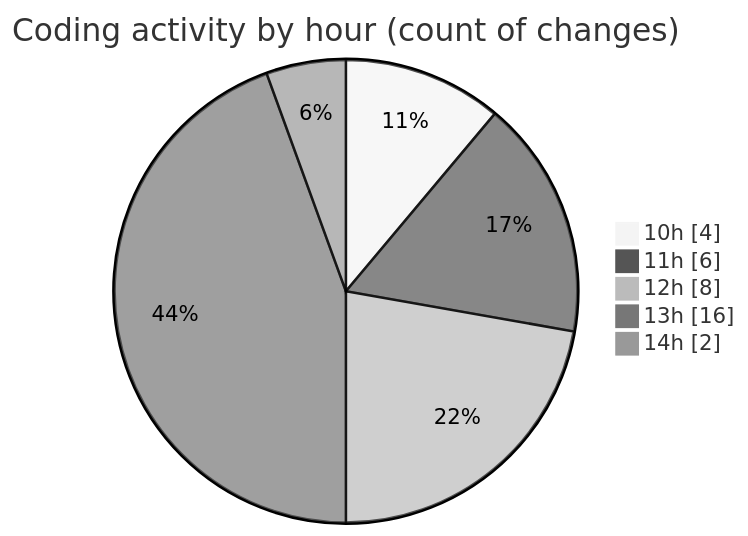
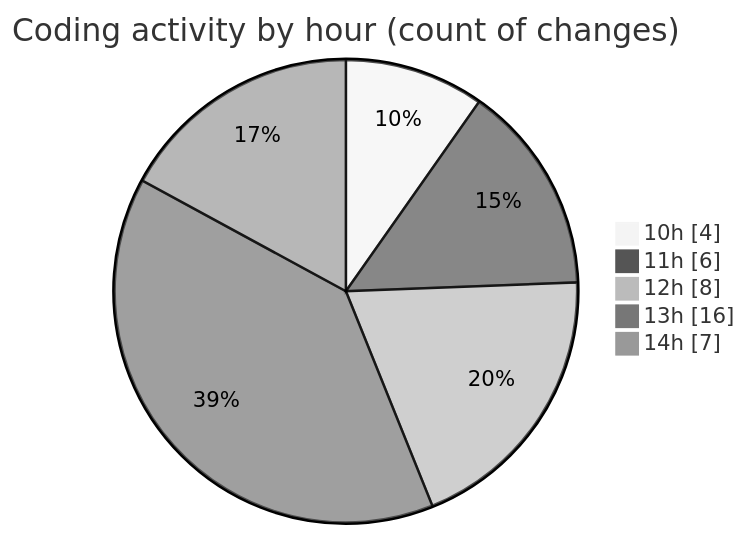
Before and after one commit to LanceThiago/code-tracking: the second of 2 diagrams in 2025-10-03/totem2/README.md, drawn with Mermaid (neutral theme). The commit also changed other lines of this file and 1 other file, not shown here.

````diff
--- a/2025-10-03/totem2/README.md
+++ b/2025-10-03/totem2/README.md
@@ -30,9 +30,9 @@
 ```mermaid
 pie showData
 title Coding activity by hour (count of changes)
 "10h" : 4
 "11h" : 6
 "12h" : 8
 "13h" : 16
-"14h" : 2
+"14h" : 7
 ```
````
